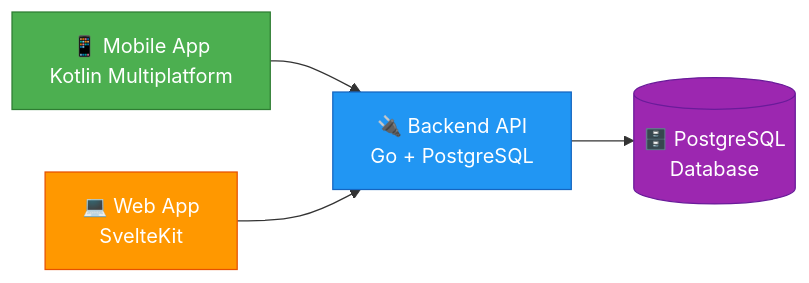
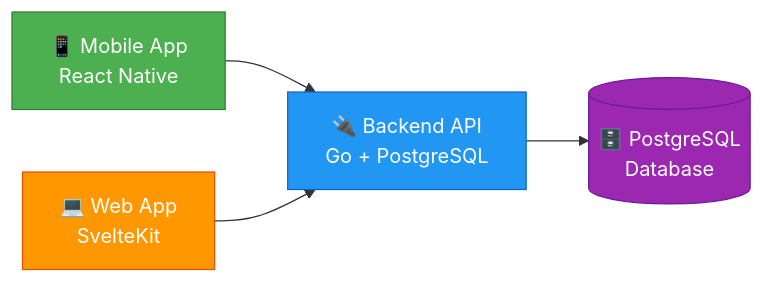
The diagram in README.md (Udean777/Sekre-HQ), drawn with Mermaid before and after one commit. The commit also changed other lines of this file and 1 other file, not shown here.

Commit message:
feat: migrate mobile app from Kotlin Multiplatform to React Native, and update readme

````diff
--- a/README.md
+++ b/README.md
@@ -143,11 +162,11 @@
 ```mermaid
 graph LR
-    A[📱 Mobile App<br/>Kotlin Multiplatform] --> B[🔌 Backend API<br/>Go + PostgreSQL]
+    A[📱 Mobile App<br/>React Native] --> B[🔌 Backend API<br/>Go + PostgreSQL]
     C[💻 Web App<br/>SvelteKit] --> B
     B --> D[(🗄️ PostgreSQL<br/>Database)]
-    
+
     style A fill:#4CAF50,stroke:#2E7D32,color:#fff
     style B fill:#2196F3,stroke:#1565C0,color:#fff
     style C fill:#FF9800,stroke:#E65100,color:#fff
     style D fill:#9C27B0,stroke:#6A1B9A,color:#fff
 ```
````
